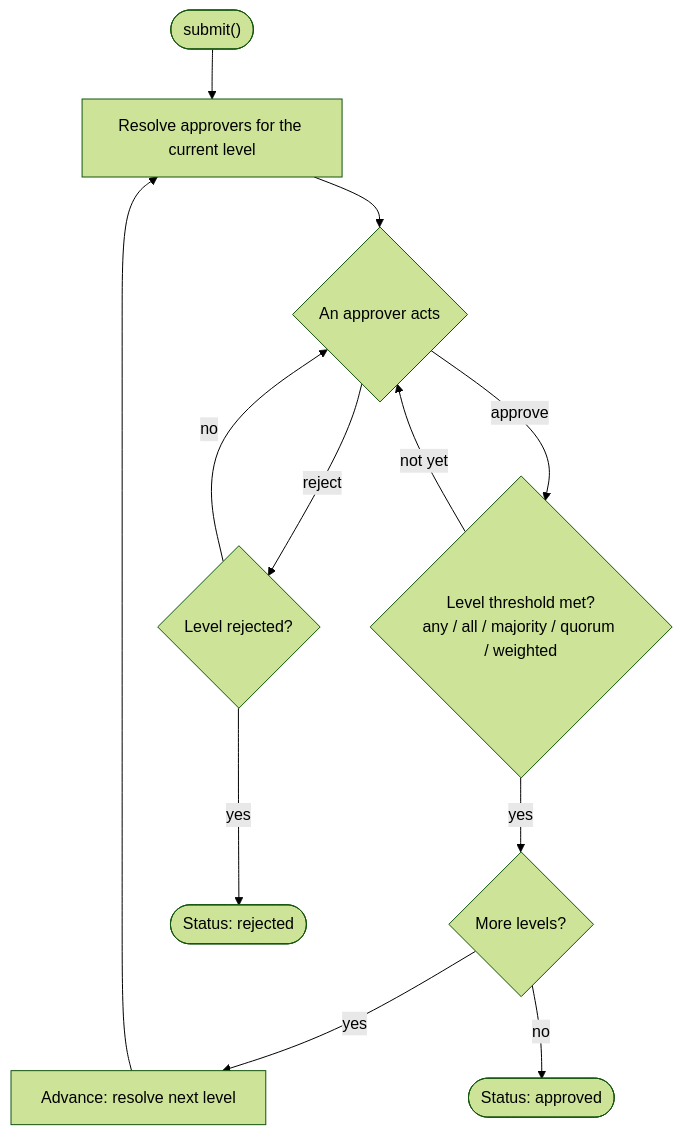
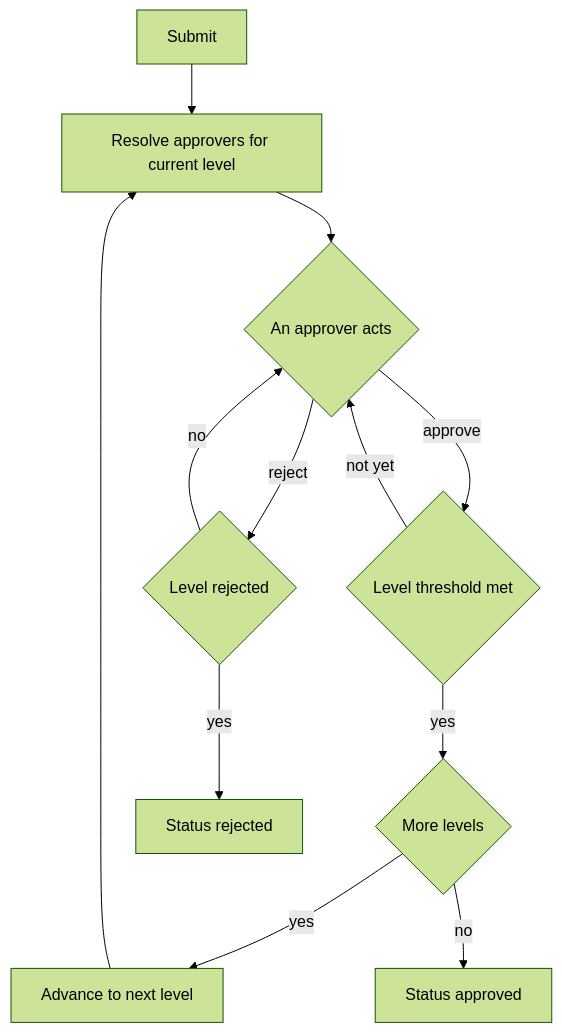
The second of 3 diagrams in README.md (matthews-wong/hierarchical-approval), drawn with Mermaid (forest theme) before and after one commit. The commit also changed other lines of this file, not shown here.

First line of the commit message:
docs: harden Mermaid diagrams so they render on GitHub

````diff
--- a/README.md
+++ b/README.md
@@ -120,13 +120,14 @@
 ```mermaid
 flowchart TD
-    S(["submit()"]) --> R["Resolve approvers for the current level"]
-    R --> ACT{"An approver acts"}
-    ACT -->|approve| MET{"Level threshold met?<br/>any / all / majority / quorum / weighted"}
-    ACT -->|reject| REJ{"Level rejected?"}
+    S[Submit] --> R[Resolve approvers for current level]
+    R --> ACT{An approver acts}
+    ACT -->|approve| MET{Level threshold met}
+    ACT -->|reject| REJ{Level rejected}
     MET -->|not yet| ACT
-    MET -->|yes| MORE{"More levels?"}
-    MORE -->|yes| ADV["Advance: resolve next level"] --> R
-    MORE -->|no| DONE(["Status: approved"])
-    REJ -->|yes| OUT(["Status: rejected"])
+    MET -->|yes| MORE{More levels}
+    MORE -->|yes| ADV[Advance to next level]
+    ADV --> R
+    MORE -->|no| DONE[Status approved]
+    REJ -->|yes| OUT[Status rejected]
     REJ -->|no| ACT
 ```
````
